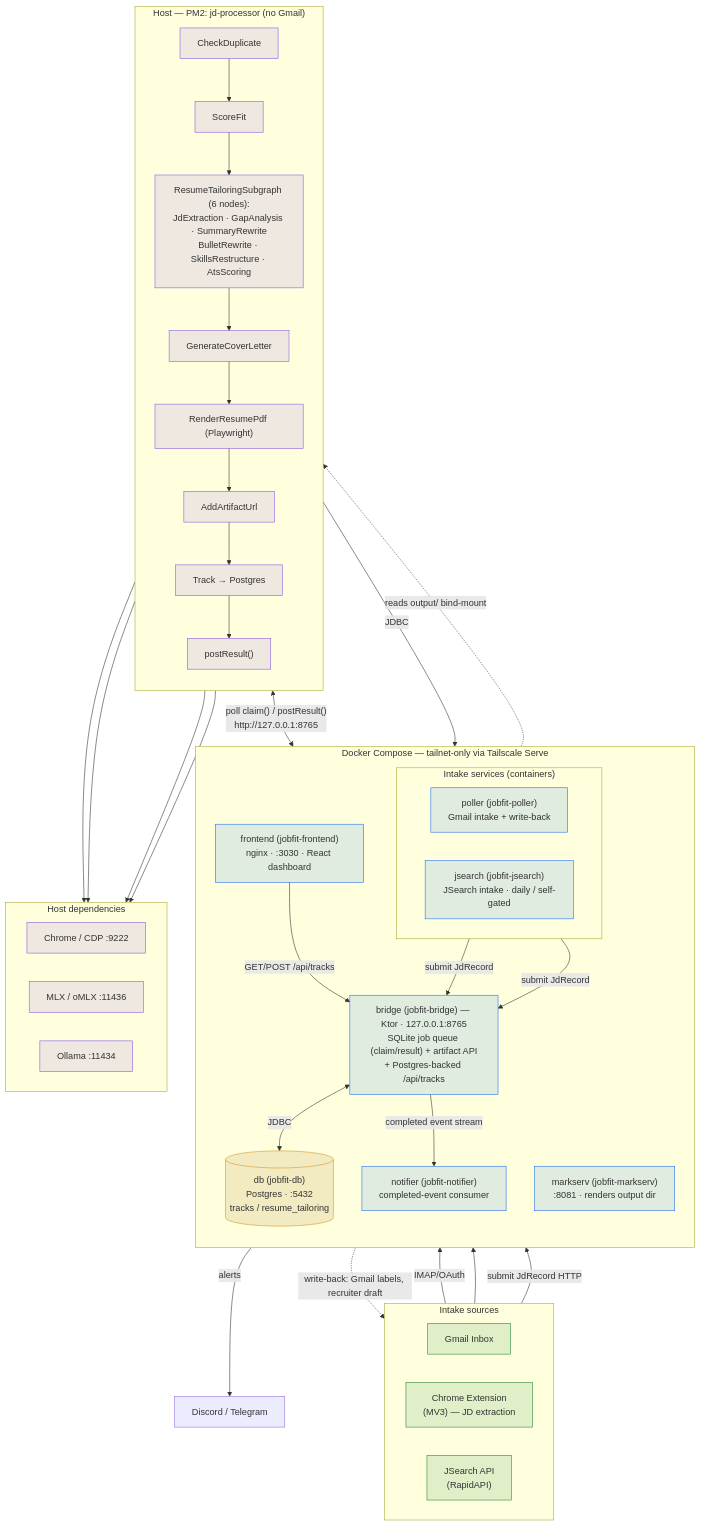
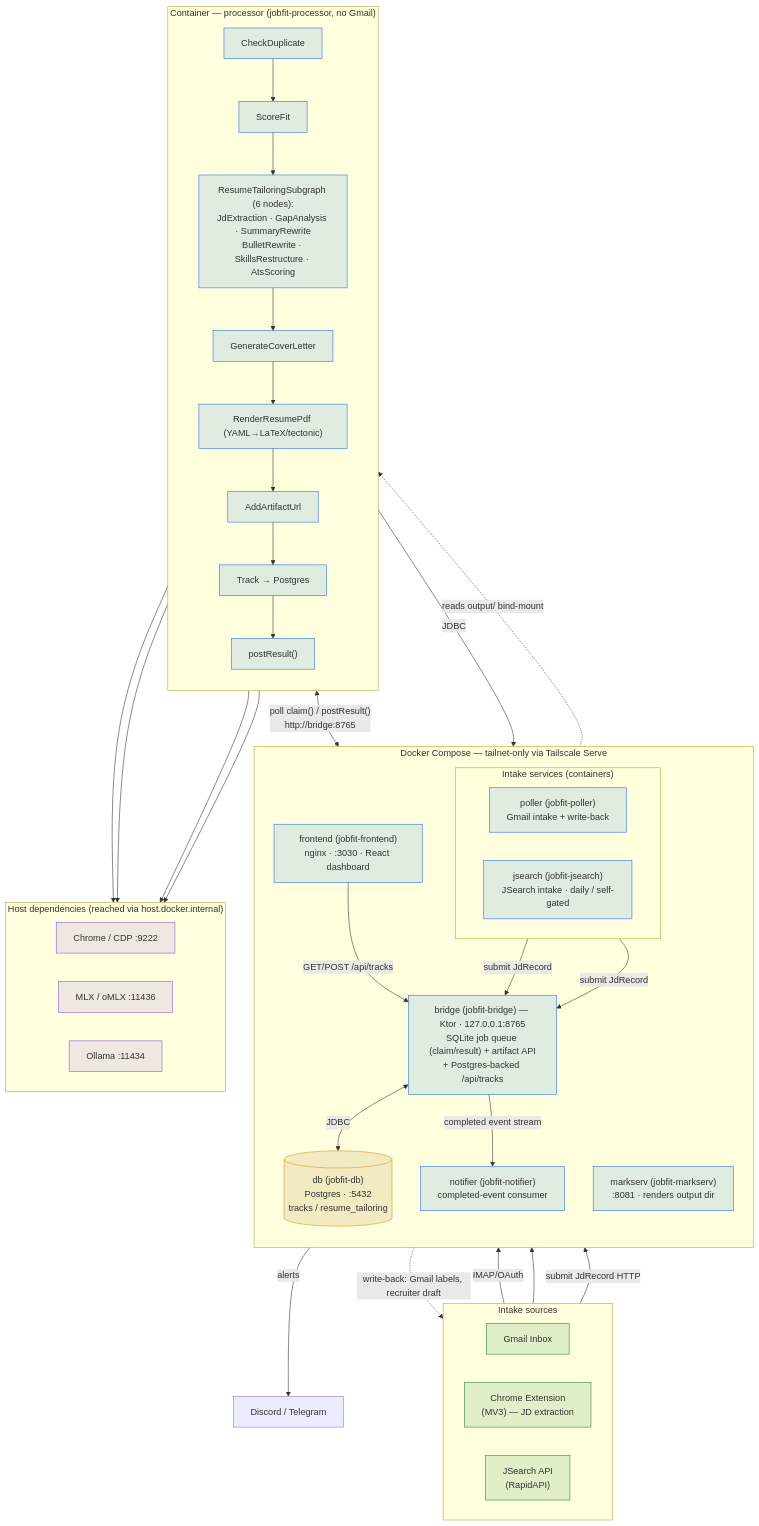
One commit to dkkyai/job-fit-apply-ai changed the diagram in README.md. Above: the diagram before and after it, drawn with Mermaid. The commit also changed other lines of this file and 1 other file, not shown here.

First line of the commit message:
docs(readme): reflect the containerized Processor cutover

````diff
--- a/README.md
+++ b/README.md
@@ -13,79 +13,79 @@
 ```mermaid
 flowchart TB
     %% ---------------- Intake sources ----------------
     subgraph SRC["Intake sources"]
         direction LR
         GM["Gmail Inbox"]
         EXT["Chrome Extension<br/>(MV3) — JD extraction"]
         JS_API["JSearch API<br/>(RapidAPI)"]
     end
 
     %% ---------------- Docker Compose ----------------
     subgraph DC["Docker Compose — tailnet-only via Tailscale Serve"]
         direction TB
 
         subgraph INTAKE["Intake services (containers)"]
             direction LR
             POLLER["poller (jobfit-poller)<br/>Gmail intake + write-back"]
             JSEARCH["jsearch (jobfit-jsearch)<br/>JSearch intake · daily / self-gated"]
         end
 
         BRIDGE["bridge (jobfit-bridge) — Ktor · 127.0.0.1:8765<br/>SQLite job queue (claim/result) + artifact API<br/>+ Postgres-backed /api/tracks"]
 
         DB[("db (jobfit-db)<br/>Postgres · :5432<br/>tracks / resume_tailoring")]
 
         FRONT["frontend (jobfit-frontend)<br/>nginx · :3030 · React dashboard"]
 
         MARK["markserv (jobfit-markserv)<br/>:8081 · renders output dir"]
 
         NOTIFIER["notifier (jobfit-notifier)<br/>completed-event consumer"]
     end
 
-    %% ---------------- Host worker ----------------
-    subgraph HOST["Host — PM2: jd-processor (no Gmail)"]
+    %% ---------------- Processor (containerized) ----------------
+    subgraph PROC["Container — processor (jobfit-processor, no Gmail)"]
         direction TB
         N1["CheckDuplicate"] --> N2["ScoreFit"]
         N2 --> N3["ResumeTailoringSubgraph (6 nodes):<br/>JdExtraction · GapAnalysis · SummaryRewrite<br/>BulletRewrite · SkillsRestructure · AtsScoring"]
         N3 --> N4["GenerateCoverLetter"]
-        N4 --> N5["RenderResumePdf (Playwright)"]
+        N4 --> N5["RenderResumePdf (YAML→LaTeX/tectonic)"]
         N5 --> N6["AddArtifactUrl"] --> N7["Track → Postgres"] --> N8["postResult()"]
     end
 
-    subgraph DEPS["Host dependencies"]
+    subgraph DEPS["Host dependencies (reached via host.docker.internal)"]
         direction LR
         CDP["Chrome / CDP :9222"]
         MLX["MLX / oMLX :11436"]
         OLL["Ollama :11434"]
     end
 
     %% ---------------- Edges ----------------
     GM -->|IMAP/OAuth| POLLER
     JS_API --> JSEARCH
     EXT -->|submit JdRecord HTTP| BRIDGE
     POLLER -->|submit JdRecord| BRIDGE
     JSEARCH -->|submit JdRecord| BRIDGE
 
-    N1 <-->|"poll claim() / postResult()<br/>http://127.0.0.1:8765"| BRIDGE
+    N1 <-->|"poll claim() / postResult()<br/>http://bridge:8765"| BRIDGE
     N7 -->|JDBC| DB
     POLLER -.->|"write-back: Gmail labels, recruiter draft"| GM
 
     BRIDGE <-->|JDBC| DB
     FRONT -->|GET/POST /api/tracks| BRIDGE
     MARK -.->|reads output/ bind-mount| N7
     BRIDGE -->|completed event stream| NOTIFIER
     NOTIFIER -->|alerts| CHAT["Discord / Telegram"]
 
     N3 --> MLX
     N3 --> OLL
     N1 --> CDP
     N2 --> MLX
 
     classDef container fill:#1f6feb22,stroke:#1f6feb;
     classDef host fill:#8957e522,stroke:#8957e5;
     classDef src fill:#23863622,stroke:#238636;
     classDef store fill:#9e6a0322,stroke:#d29922;
-    class POLLER,JSEARCH,BRIDGE,FRONT,MARK,NOTIFIER container;
-    class N1,N2,N3,N4,N5,N6,N7,N8,CDP,MLX,OLL host;
+    class POLLER,JSEARCH,BRIDGE,FRONT,MARK,NOTIFIER,N1,N2,N3,N4,N5,N6,N7,N8 container;
+    class CDP,MLX,OLL host;
     class GM,EXT,JS_API src;
     class DB store;
 ```
````
